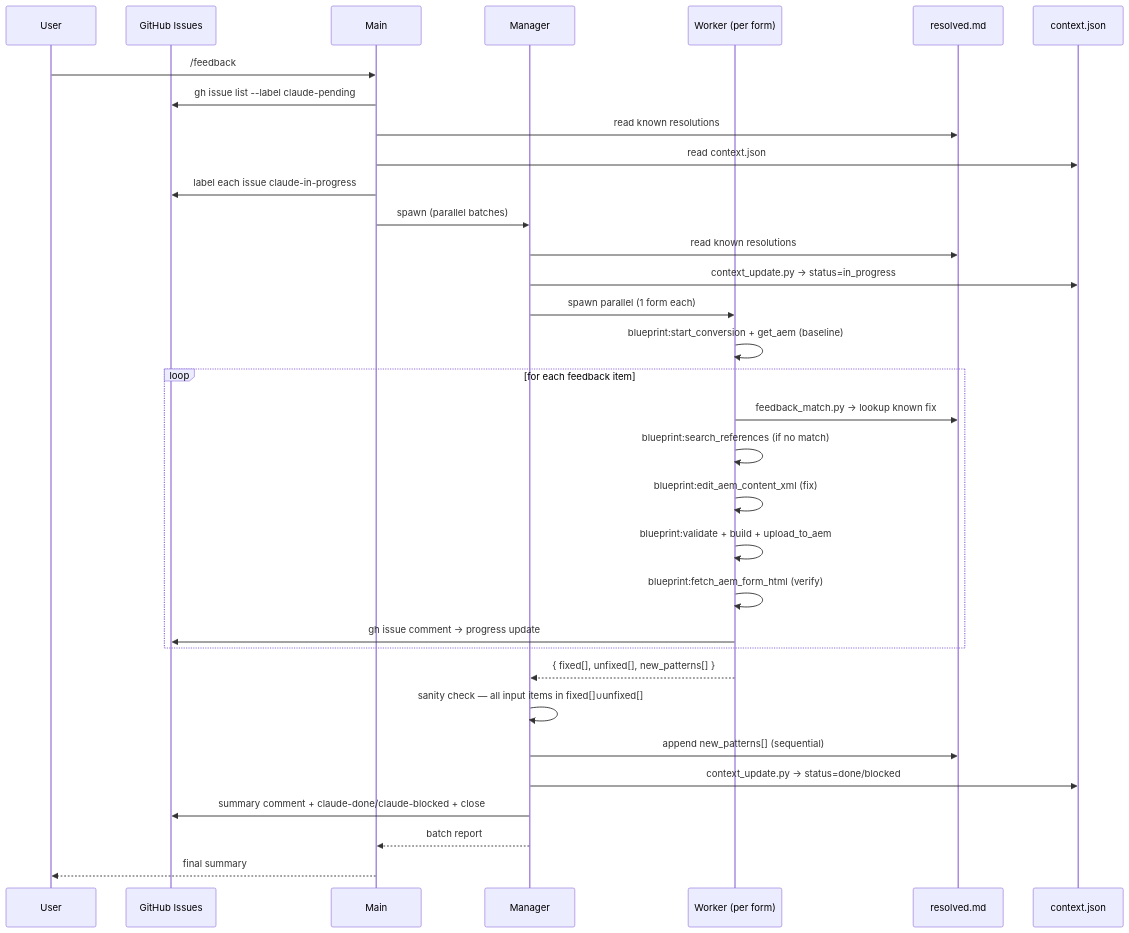
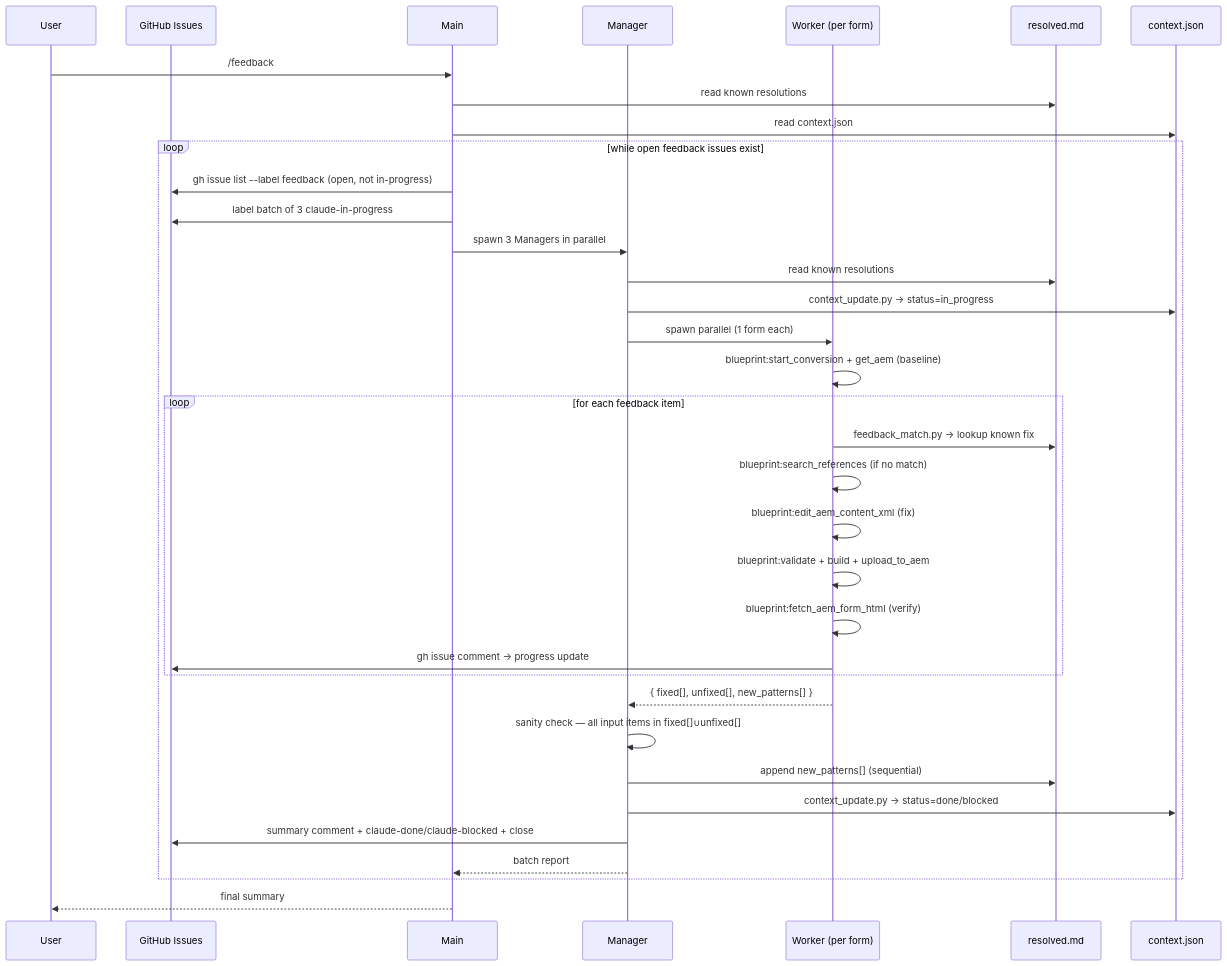
Before and after one commit to ajilach/ajila-forms-conversion-engine: the second of 2 diagrams in docs/feedback-pipeline-plan.md, drawn with Mermaid. The commit also changed other lines of this file, not shown here.

First line of the commit message:
simplify trigger: Main polls issues in a loop, no GitHub Action

````diff
--- a/docs/feedback-pipeline-plan.md
+++ b/docs/feedback-pipeline-plan.md
@@ -85,42 +73,45 @@
 ```mermaid
 sequenceDiagram
     participant U as User
     participant GH as GitHub Issues
     participant Main
     participant Mgr as Manager
     participant Wkr as Worker (per form)
     participant R as resolved.md
     participant C as context.json
 
     U->>Main: /feedback
-    Main->>GH: gh issue list --label claude-pending
     Main->>R: read known resolutions
     Main->>C: read context.json
-    Main->>GH: label each issue claude-in-progress
-    Main->>Mgr: spawn (parallel batches)
 
-    Mgr->>R: read known resolutions
-    Mgr->>C: context_update.py → status=in_progress
-    Mgr->>Wkr: spawn parallel (1 form each)
+    loop while open feedback issues exist
+        Main->>GH: gh issue list --label feedback (open, not in-progress)
+        Main->>GH: label batch of 3 claude-in-progress
+        Main->>Mgr: spawn 3 Managers in parallel
 
-    Wkr->>Wkr: blueprint:start_conversion + get_aem (baseline)
+        Mgr->>R: read known resolutions
+        Mgr->>C: context_update.py → status=in_progress
+        Mgr->>Wkr: spawn parallel (1 form each)
 
-    loop for each feedback item
-        Wkr->>R: feedback_match.py → lookup known fix
-        Wkr->>Wkr: blueprint:search_references (if no match)
-        Wkr->>Wkr: blueprint:edit_aem_content_xml (fix)
-        Wkr->>Wkr: blueprint:validate + build + upload_to_aem
-        Wkr->>Wkr: blueprint:fetch_aem_form_html (verify)
-        Wkr->>GH: gh issue comment → progress update
+        Wkr->>Wkr: blueprint:start_conversion + get_aem (baseline)
+
+        loop for each feedback item
+            Wkr->>R: feedback_match.py → lookup known fix
+            Wkr->>Wkr: blueprint:search_references (if no match)
+            Wkr->>Wkr: blueprint:edit_aem_content_xml (fix)
+            Wkr->>Wkr: blueprint:validate + build + upload_to_aem
+            Wkr->>Wkr: blueprint:fetch_aem_form_html (verify)
+            Wkr->>GH: gh issue comment → progress update
+        end
+
+        Wkr-->>Mgr: { fixed[], unfixed[], new_patterns[] }
+
+        Mgr->>Mgr: sanity check — all input items in fixed[]∪unfixed[]
+        Mgr->>R: append new_patterns[] (sequential)
+        Mgr->>C: context_update.py → status=done/blocked
+        Mgr->>GH: summary comment + claude-done/claude-blocked + close
+        Mgr-->>Main: batch report
     end
-
-    Wkr-->>Mgr: { fixed[], unfixed[], new_patterns[] }
-
-    Mgr->>Mgr: sanity check — all input items in fixed[]∪unfixed[]
-    Mgr->>R: append new_patterns[] (sequential)
-    Mgr->>C: context_update.py → status=done/blocked
-    Mgr->>GH: summary comment + claude-done/claude-blocked + close
-    Mgr-->>Main: batch report
 
     Main-->>U: final summary
 ```
````
